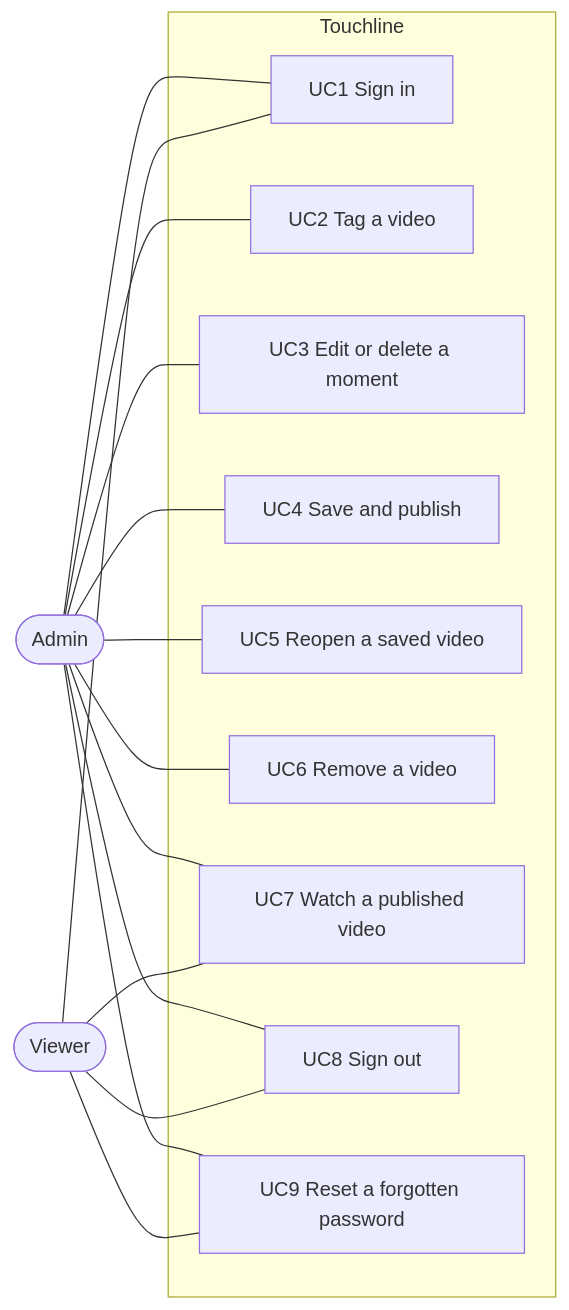
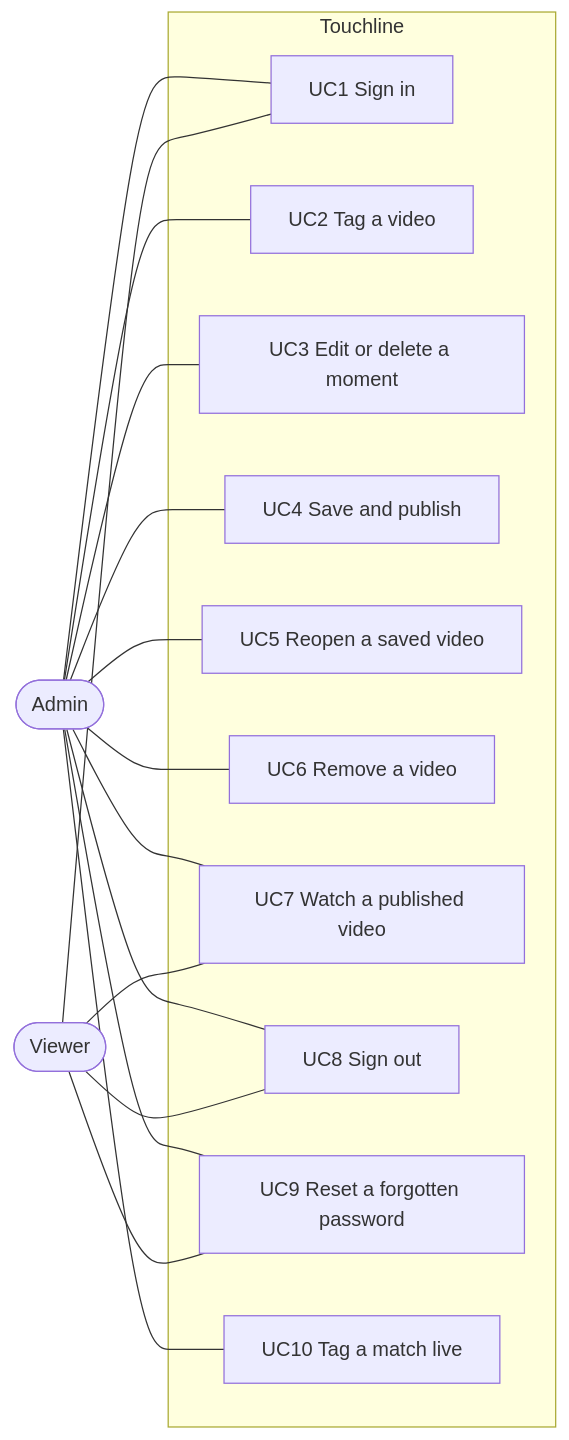
The first of 15 diagrams in docs/USE_CASE_FLOWS.md (LeandroBerretta/touchline-video-tagging), drawn with Mermaid before and after one commit. The commit also changed other lines of this file and 8 other files, not shown here.

First line of the commit message:
Add Live mode: tag a match on the sideline, attach the video later

````diff
--- a/docs/USE_CASE_FLOWS.md
+++ b/docs/USE_CASE_FLOWS.md
@@ -17,18 +17,19 @@
 ```mermaid
 flowchart LR
   admin([Admin])
   viewer([Viewer])
   subgraph Touchline
     UC1[UC1 Sign in]
     UC2[UC2 Tag a video]
     UC3[UC3 Edit or delete a moment]
     UC4[UC4 Save and publish]
     UC5[UC5 Reopen a saved video]
     UC6[UC6 Remove a video]
     UC7[UC7 Watch a published video]
     UC8[UC8 Sign out]
     UC9[UC9 Reset a forgotten password]
+    UC10[UC10 Tag a match live]
   end
-  admin --- UC1 & UC2 & UC3 & UC4 & UC5 & UC6 & UC7 & UC8 & UC9
+  admin --- UC1 & UC2 & UC3 & UC4 & UC5 & UC6 & UC7 & UC8 & UC9 & UC10
   viewer --- UC1 & UC7 & UC8 & UC9
 ```
````
